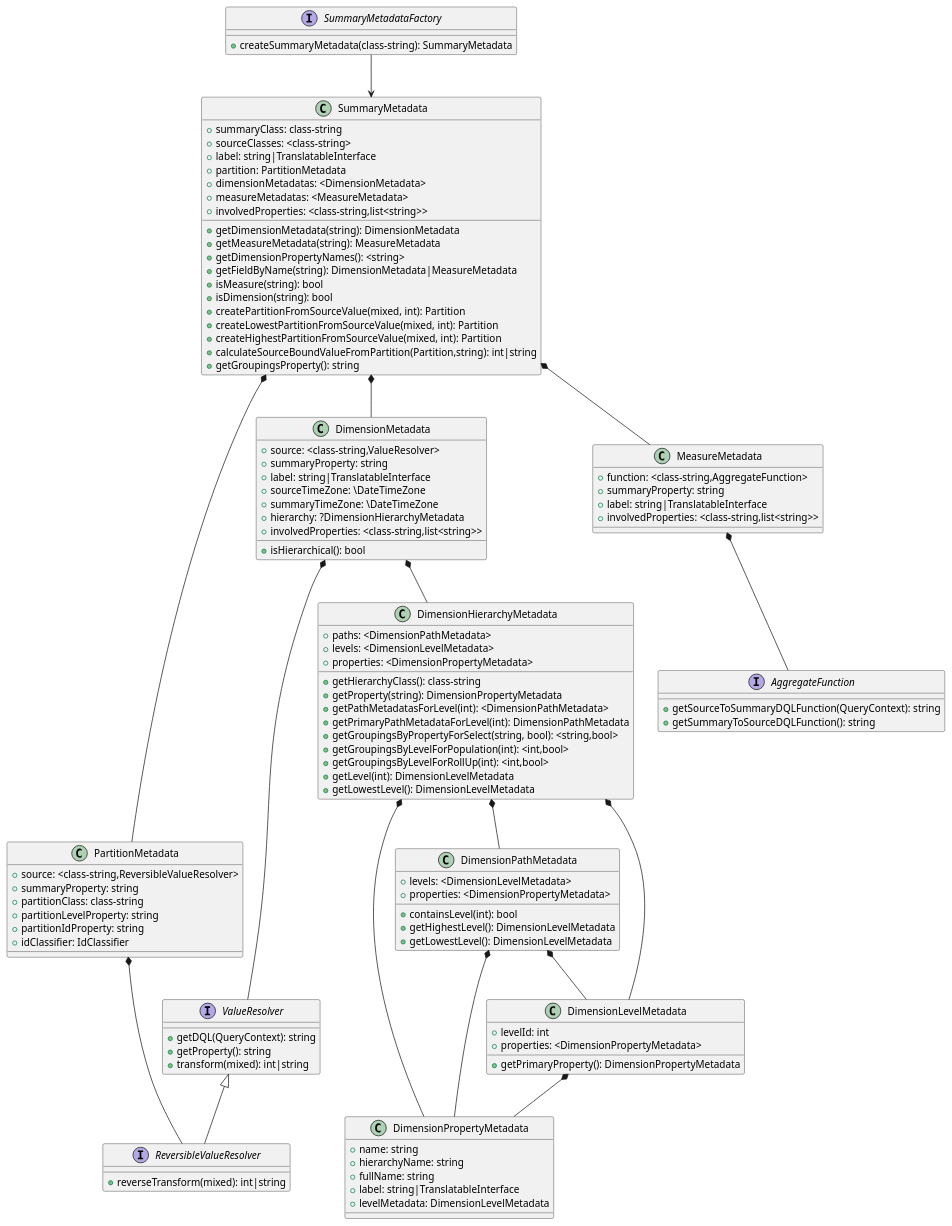
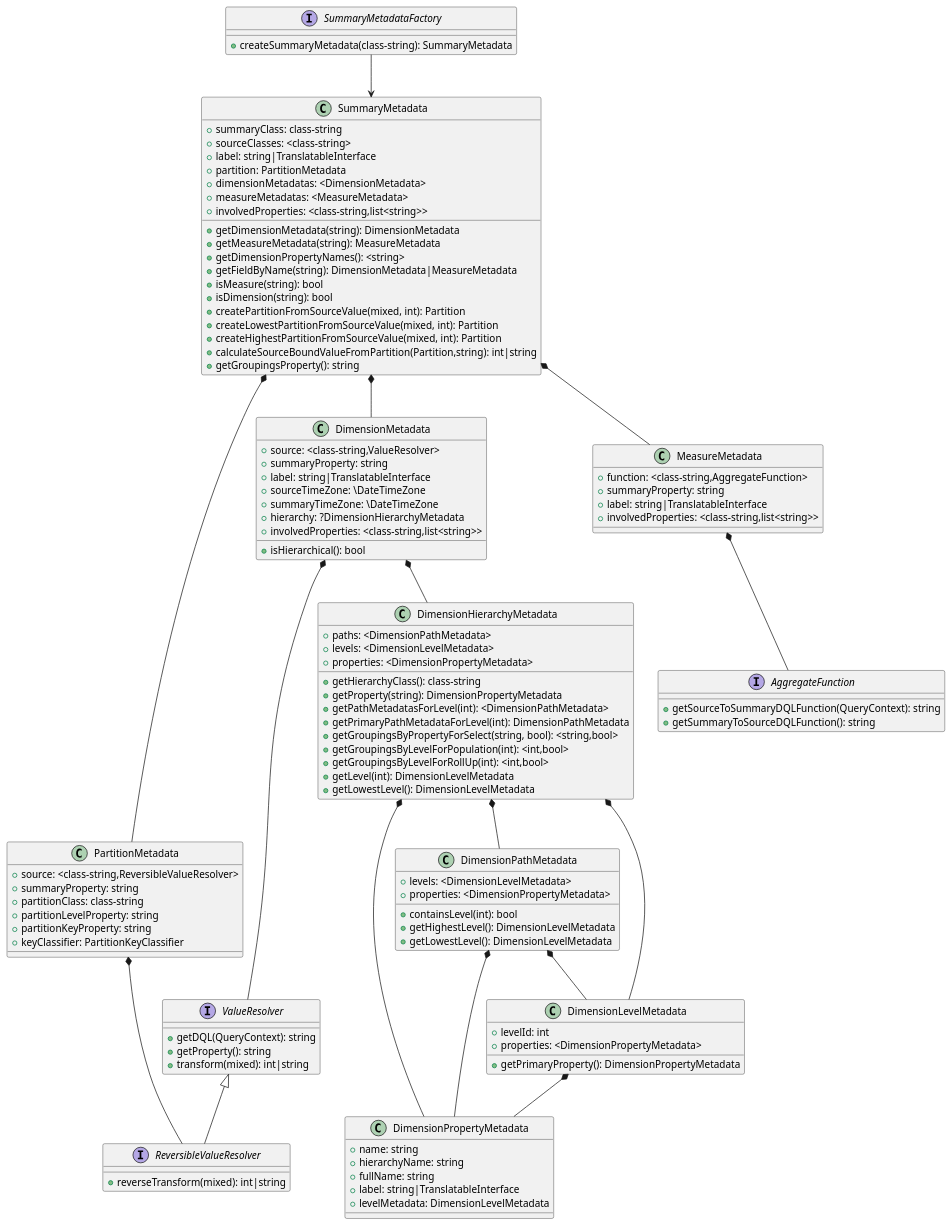
The diagram in docs/metadata.wsd (rekalogika/analytics), drawn with PlantUML before and after one commit. The commit also changed 18 other files, not shown here.

Commit message:
chore: change the term 'partition id' to 'partition key'

```diff
--- a/docs/metadata.wsd
+++ b/docs/metadata.wsd
@@ -1,130 +1,130 @@
 @startuml summary_metadata
 
 interface SummaryMetadataFactory {
     +createSummaryMetadata(class-string): SummaryMetadata
 }
 
 SummaryMetadataFactory --> SummaryMetadata
 
 class SummaryMetadata {
     +summaryClass: class-string
     +sourceClasses: <class-string>
     +label: string|TranslatableInterface
     +partition: PartitionMetadata
     +dimensionMetadatas: <DimensionMetadata>
     +measureMetadatas: <MeasureMetadata>
     +getDimensionMetadata(string): DimensionMetadata
     +getMeasureMetadata(string): MeasureMetadata
     +getDimensionPropertyNames(): <string>
     +getFieldByName(string): DimensionMetadata|MeasureMetadata
     +isMeasure(string): bool
     +isDimension(string): bool
     +createPartitionFromSourceValue(mixed, int): Partition
     +createLowestPartitionFromSourceValue(mixed, int): Partition
     +createHighestPartitionFromSourceValue(mixed, int): Partition
     +calculateSourceBoundValueFromPartition(Partition,string): int|string
     +getGroupingsProperty(): string
     +involvedProperties: <class-string,list<string>>
 }
 
 SummaryMetadata *-- DimensionMetadata
 SummaryMetadata *-- MeasureMetadata
 SummaryMetadata *---- PartitionMetadata
 
 class DimensionMetadata {
     +source: <class-string,ValueResolver>
     +summaryProperty: string
     +label: string|TranslatableInterface
     +sourceTimeZone: \DateTimeZone
     +summaryTimeZone: \DateTimeZone
     +hierarchy: ?DimensionHierarchyMetadata
     +involvedProperties: <class-string,list<string>>
     +isHierarchical(): bool
 }
 
 DimensionMetadata *-- ValueResolver
 DimensionMetadata *-- DimensionHierarchyMetadata
 
 class PartitionMetadata {
     +source: <class-string,ReversibleValueResolver>
     +summaryProperty: string
     +partitionClass: class-string
     +partitionLevelProperty: string
-    +partitionIdProperty: string
-    +idClassifier: IdClassifier
+    +partitionKeyProperty: string
+    +keyClassifier: PartitionKeyClassifier
 }
 
 PartitionMetadata *--- ReversibleValueResolver
 
 class MeasureMetadata {
     +function: <class-string,AggregateFunction>
     +summaryProperty: string
     +label: string|TranslatableInterface
     +involvedProperties: <class-string,list<string>>
 }
 
 MeasureMetadata *-- AggregateFunction
 
 interface ValueResolver {
     +getDQL(QueryContext): string
     +getProperty(): string
     +transform(mixed): int|string
 }
 
 interface ReversibleValueResolver extends ValueResolver {
     +reverseTransform(mixed): int|string
 }
 
 class DimensionHierarchyMetadata {
     +paths: <DimensionPathMetadata>
     +levels: <DimensionLevelMetadata>
     +properties: <DimensionPropertyMetadata>
     +getHierarchyClass(): class-string
     +getProperty(string): DimensionPropertyMetadata
     +getPathMetadatasForLevel(int): <DimensionPathMetadata>
     +getPrimaryPathMetadataForLevel(int): DimensionPathMetadata
     +getGroupingsByPropertyForSelect(string, bool): <string,bool>
     +getGroupingsByLevelForPopulation(int): <int,bool>
     +getGroupingsByLevelForRollUp(int): <int,bool>
     +getLevel(int): DimensionLevelMetadata
     +getLowestLevel(): DimensionLevelMetadata
 }
 
 DimensionHierarchyMetadata *-- DimensionPathMetadata
 DimensionHierarchyMetadata *-- DimensionLevelMetadata
 DimensionHierarchyMetadata *-- DimensionPropertyMetadata
 
 class DimensionPathMetadata {
     +levels: <DimensionLevelMetadata>
     +properties: <DimensionPropertyMetadata>
     +containsLevel(int): bool
     +getHighestLevel(): DimensionLevelMetadata
     +getLowestLevel(): DimensionLevelMetadata
 }
 
 DimensionPathMetadata *-- DimensionLevelMetadata
 DimensionPathMetadata *-- DimensionPropertyMetadata
 
 class DimensionLevelMetadata {
     +levelId: int
     +properties: <DimensionPropertyMetadata>
     +getPrimaryProperty(): DimensionPropertyMetadata
 }
 
 DimensionLevelMetadata *-- DimensionPropertyMetadata
 
 class DimensionPropertyMetadata {
     +name: string
     +hierarchyName: string
     +fullName: string
     +label: string|TranslatableInterface
     +levelMetadata: DimensionLevelMetadata
 }
 
 interface AggregateFunction {
     +getSourceToSummaryDQLFunction(QueryContext): string
     +getSummaryToSourceDQLFunction(): string
 }
 
 
 @enduml
```
